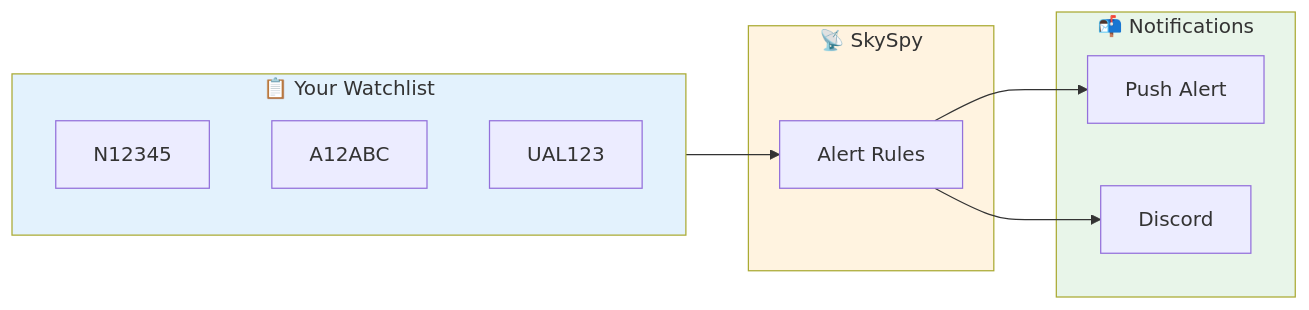
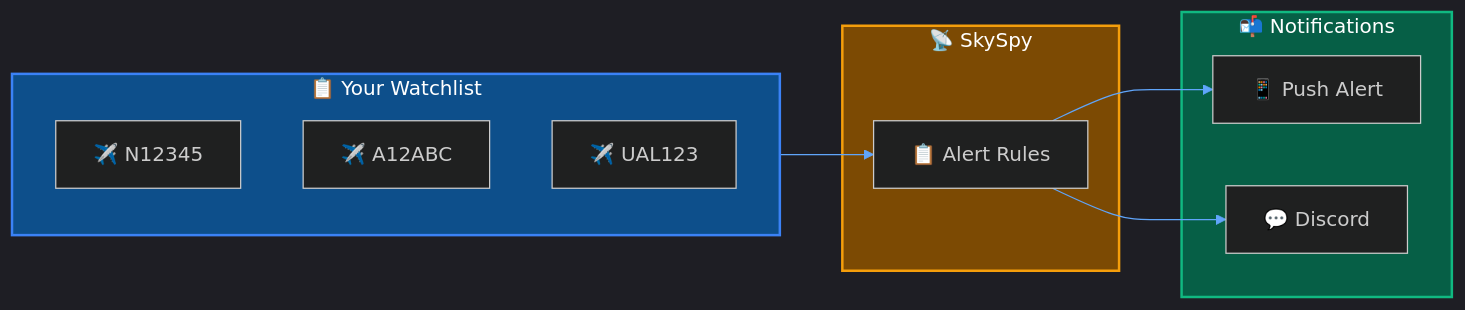
One commit to CHA0S-CORP/SkySpyDocs changed the first of 2 diagrams in docs/Recipes/track-aircraft.md. Above: the diagram before and after it, drawn with Mermaid. The commit also changed other lines of this file and 11 other files, not shown here.

````diff
--- a/docs/Recipes/track-aircraft.md
+++ b/docs/Recipes/track-aircraft.md
@@ -10,25 +10,26 @@
 ```mermaid
+%%{init: {'theme': 'dark', 'themeVariables': { 'primaryColor': '#1e3a5f', 'primaryTextColor': '#fff', 'primaryBorderColor': '#3b82f6', 'lineColor': '#60a5fa'}}}%%
 flowchart LR
     subgraph Watchlist["📋 Your Watchlist"]
-        N12345[N12345]
-        A12ABC[A12ABC]
-        UAL123[UAL123]
+        N12345["✈️ N12345"]
+        A12ABC["✈️ A12ABC"]
+        UAL123["✈️ UAL123"]
     end
 
     subgraph SkySpy["📡 SkySpy"]
-        RULES[Alert Rules]
+        RULES["📋 Alert Rules"]
     end
 
     subgraph Output["📬 Notifications"]
-        PUSH[Push Alert]
-        DISCORD[Discord]
+        PUSH["📱 Push Alert"]
+        DISCORD["💬 Discord"]
     end
 
     Watchlist --> RULES
     RULES --> PUSH
     RULES --> DISCORD
 
-    style Watchlist fill:#e3f2fd
-    style SkySpy fill:#fff3e0
-    style Output fill:#e8f5e9
+    style Watchlist fill:#0d4f8b,stroke:#3b82f6,stroke-width:2px,color:#fff
+    style SkySpy fill:#7c4a03,stroke:#f59e0b,stroke-width:2px,color:#fff
+    style Output fill:#065f46,stroke:#10b981,stroke-width:2px,color:#fff
 ```
````
